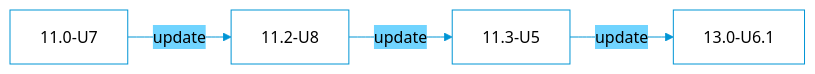
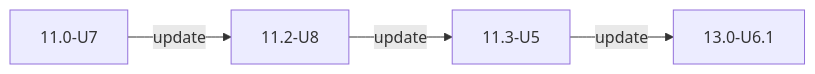
The second of 2 diagrams in static/includes/COREUpgradePaths.md (truenas/documentation), drawn with Mermaid before and after one commit. The commit also changed other lines of this file, not shown here.

```diff
--- a/static/includes/COREUpgradePaths.md
+++ b/static/includes/COREUpgradePaths.md
@@ -29,22 +22,6 @@
-{{< mermaid class="mermaid_sizing" >}}
-%%{
-  init: {
-    'theme': 'base',
-    'themeVariables': {
-      'primaryColor': '#FFFFFF',
-      'primaryTextColor': '#000000',
-      'primaryBorderColor': '#0095d5',
-      'secondaryColor': '#70d4ff',
-      'lineColor': '#0095d5',
-      'secondaryTextColor': '#FFFFFF',
-      'tertiaryColor': '#0095d5'
-    }
-  }
-}%%
-
-flowchart LR
-
-A["11.0-U7"] -->|update| B["11.2-U8"]
-B -->|update| C["11.3-U5"]
-C -->|update| D["13.0-U6.1"]
-{{< /mermaid >}}
+      {{< mermaid class="mermaid_sizing" >}}
+      flowchart LR
+      A["11.0-U7"] -->|update| B["11.2-U8"]
+      B -->|update| C["11.3-U5"]
+      C -->|update| D["13.0-U6.1"]
+      {{< /mermaid >}}
```
